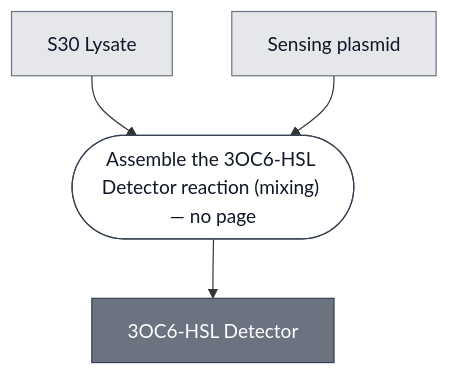
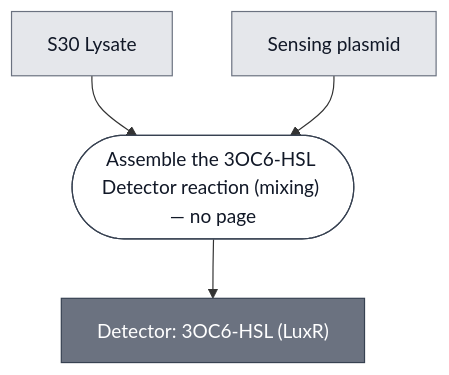
The diagram in docs/modules/detector-3oc6-hsl/spec.md (nucleus-eng/nucleus-docs), drawn with Mermaid before and after one commit. The commit also changed other lines of this file and 15 other files, not shown here.

First line of the commit message:
Name the LuxR detector for its mechanism, as the EsaR one already is (L1)

````diff
--- a/docs/modules/detector-3oc6-hsl/spec.md
+++ b/docs/modules/detector-3oc6-hsl/spec.md
@@ -53,23 +53,23 @@
 ```mermaid
 flowchart TD
     S30_LYSATE["S30 Lysate"]
     SENSING_PLASMID["Sensing plasmid"]
 
     P1_ASSEMBLE_REACTION_0(["Assemble the 3OC6-HSL Detector reaction (mixing) — no page"])
-    DETECTOR_3OC6_HSL["3OC6-HSL Detector"]
+    DETECTOR_3OC6_HSL["Detector: 3OC6-HSL (LuxR)"]
 
     S30_LYSATE --> P1_ASSEMBLE_REACTION_0
     SENSING_PLASMID --> P1_ASSEMBLE_REACTION_0
     P1_ASSEMBLE_REACTION_0 --> DETECTOR_3OC6_HSL
 
 
     classDef leaf     fill:#e5e7eb,stroke:#6b7280,color:#111827;
     classDef composed fill:#6b7280,stroke:#374151,color:#ffffff;
     classDef process  fill:#ffffff,stroke:#374151,color:#111827;
     class S30_LYSATE,SENSING_PLASMID leaf;
     class DETECTOR_3OC6_HSL composed;
     class P1_ASSEMBLE_REACTION_0 process;
 
     click S30_LYSATE "/docs/modules/s30-lysate/spec"
     click DETECTOR_3OC6_HSL "/docs/modules/detector-3oc6-hsl/spec"
 ```
````
